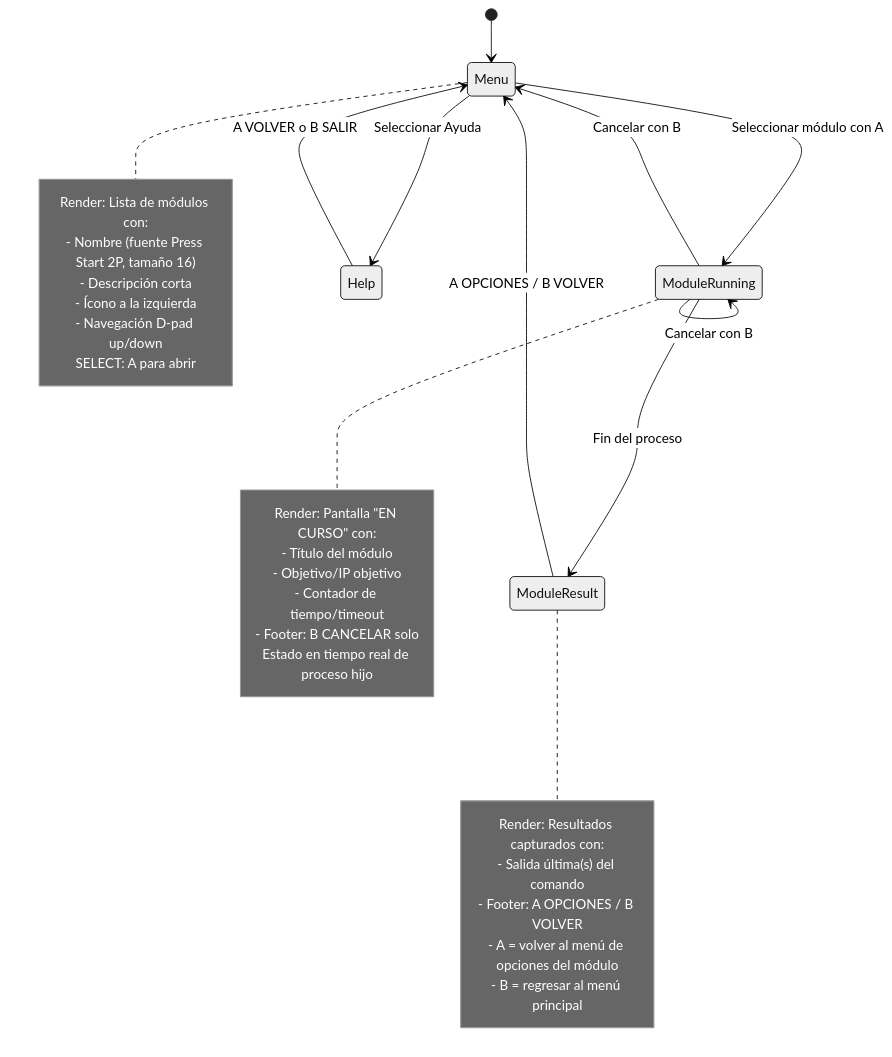
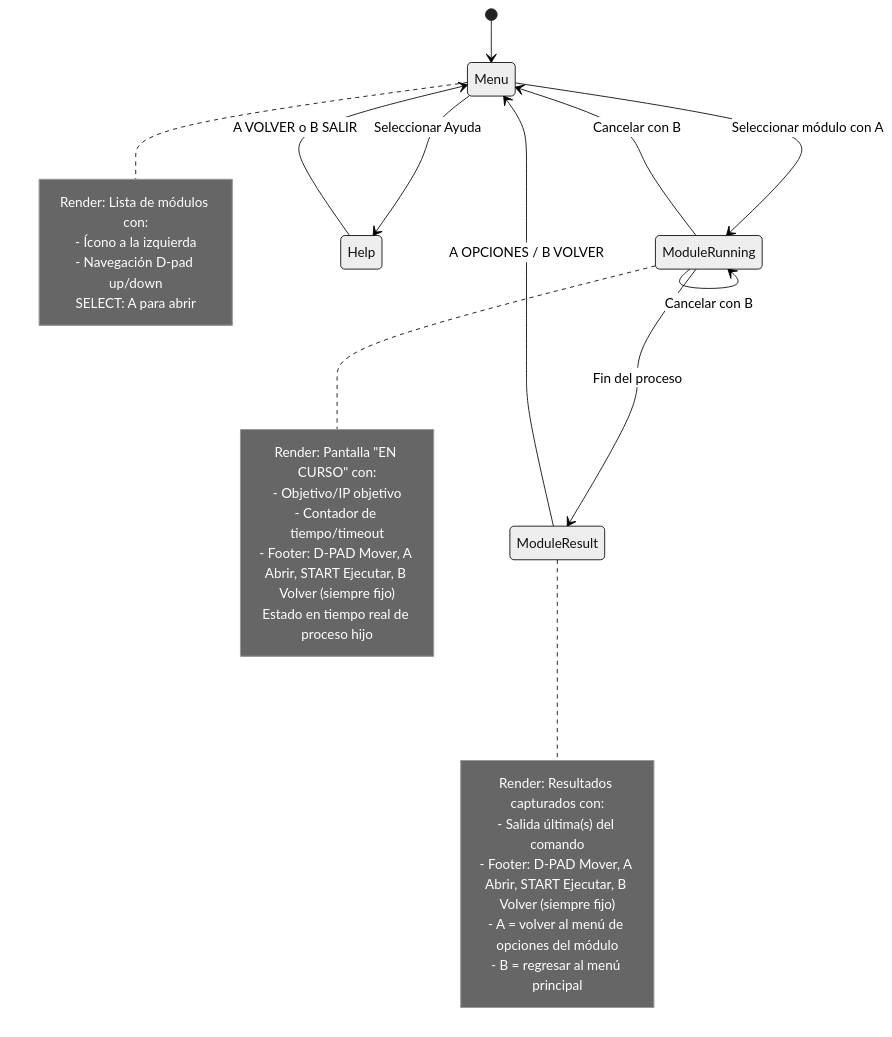
Before and after one commit to gusslayer/HunterZeroR: the diagram in MODULARIZACION.md, drawn with Mermaid (neutral theme). The commit also changed other lines of this file and 2 other files, not shown here.

````diff
--- a/MODULARIZACION.md
+++ b/MODULARIZACION.md
@@ -42,37 +42,34 @@
 ```mermaid
 stateDiagram-v2
     [*] --> Menu
     Menu --> ModuleRunning: Seleccionar módulo con A
     ModuleRunning --> ModuleResult: Fin del proceso
     ModuleRunning --> ModuleRunning: Cancelar con B
     ModuleResult --> Menu: A OPCIONES / B VOLVER
     ModuleRunning --> Menu: Cancelar con B
     Menu --> Help: Seleccionar Ayuda
     Help --> Menu: A VOLVER o B SALIR
     
     note right of Menu
         Render: Lista de módulos con:
-        - Nombre (fuente Press Start 2P, tamaño 16)
-        - Descripción corta
         - Ícono a la izquierda
         - Navegación D-pad up/down
         SELECT: A para abrir
     end note
     
     note right of ModuleRunning
         Render: Pantalla "EN CURSO" con:
-        - Título del módulo
         - Objetivo/IP objetivo
         - Contador de tiempo/timeout
-        - Footer: B CANCELAR solo
+        - Footer: D-PAD Mover, A Abrir, START Ejecutar, B Volver (siempre fijo)
         Estado en tiempo real de proceso hijo
     end note
     
     note right of ModuleResult
         Render: Resultados capturados con:
         - Salida última(s) del comando
-        - Footer: A OPCIONES / B VOLVER
+        - Footer: D-PAD Mover, A Abrir, START Ejecutar, B Volver (siempre fijo)
         - A = volver al menú de opciones del módulo
         - B = regresar al menú principal
     end note
 ```
````
